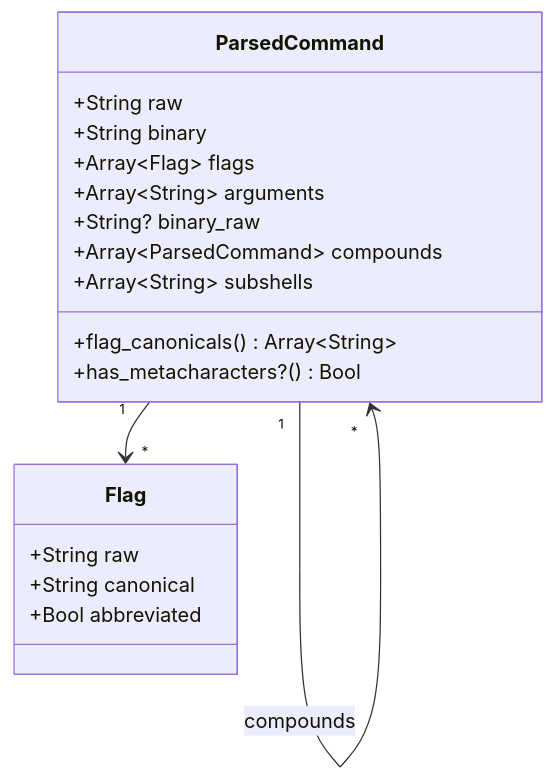
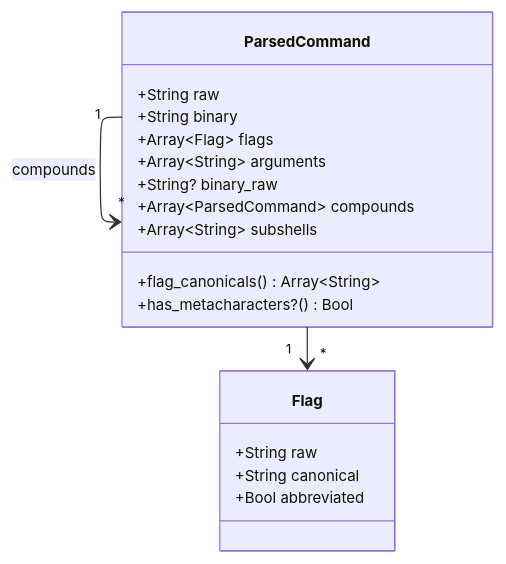
Before and after one commit to ModelArmy/commandant.cr: the fourth of 9 diagrams in DEVELOPMENT.md, drawn with Mermaid. The commit also changed other lines of this file and 8 other files, not shown here.

````diff
--- a/DEVELOPMENT.md
+++ b/DEVELOPMENT.md
@@ -139,21 +139,28 @@
 ```mermaid
+---
+displayMode: compact
+config:
+  layout: elk
+  themeVariables:
+    fontSize: 12px
+---
 classDiagram
     class ParsedCommand {
         +String raw
         +String binary
         +Array~Flag~ flags
         +Array~String~ arguments
         +String? binary_raw
         +Array~ParsedCommand~ compounds
         +Array~String~ subshells
         +flag_canonicals() Array~String~
         +has_metacharacters?() Bool
     }
     class Flag {
         +String raw
         +String canonical
         +Bool abbreviated
     }
     ParsedCommand "1" --> "*" Flag
     ParsedCommand "1" --> "*" ParsedCommand : compounds
 ```
````
